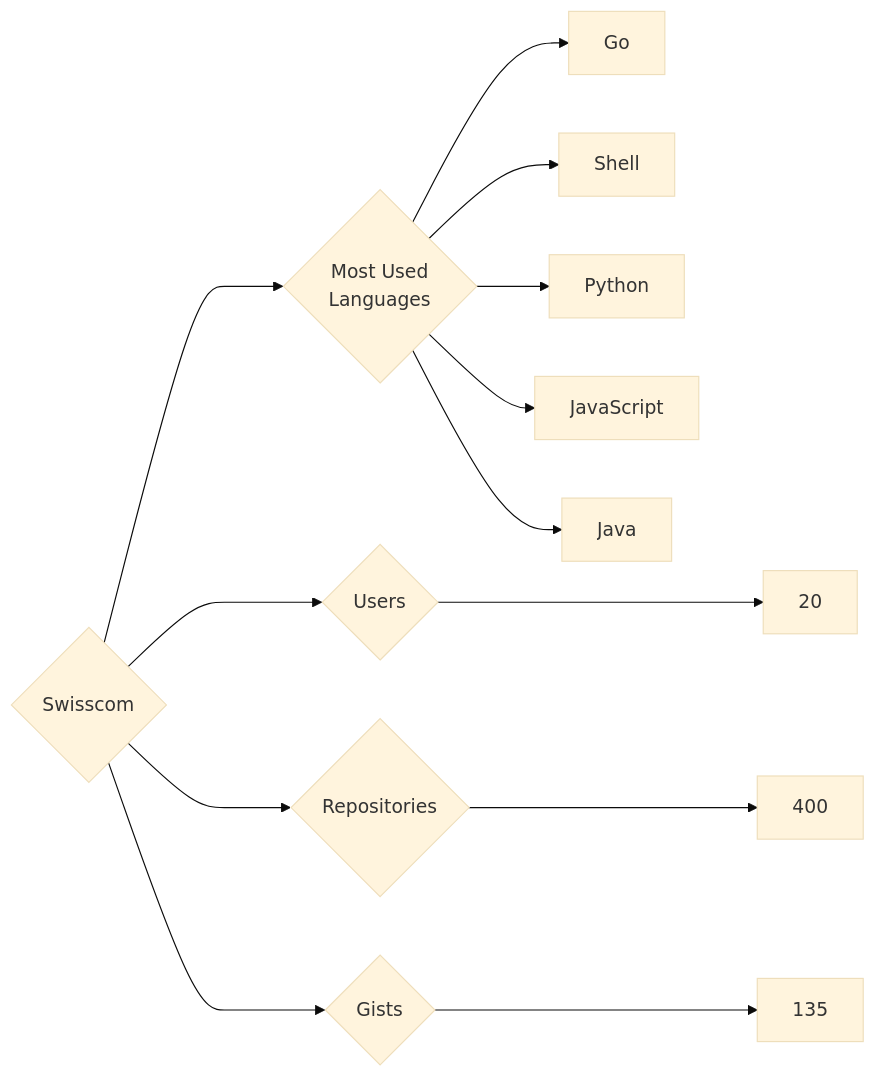
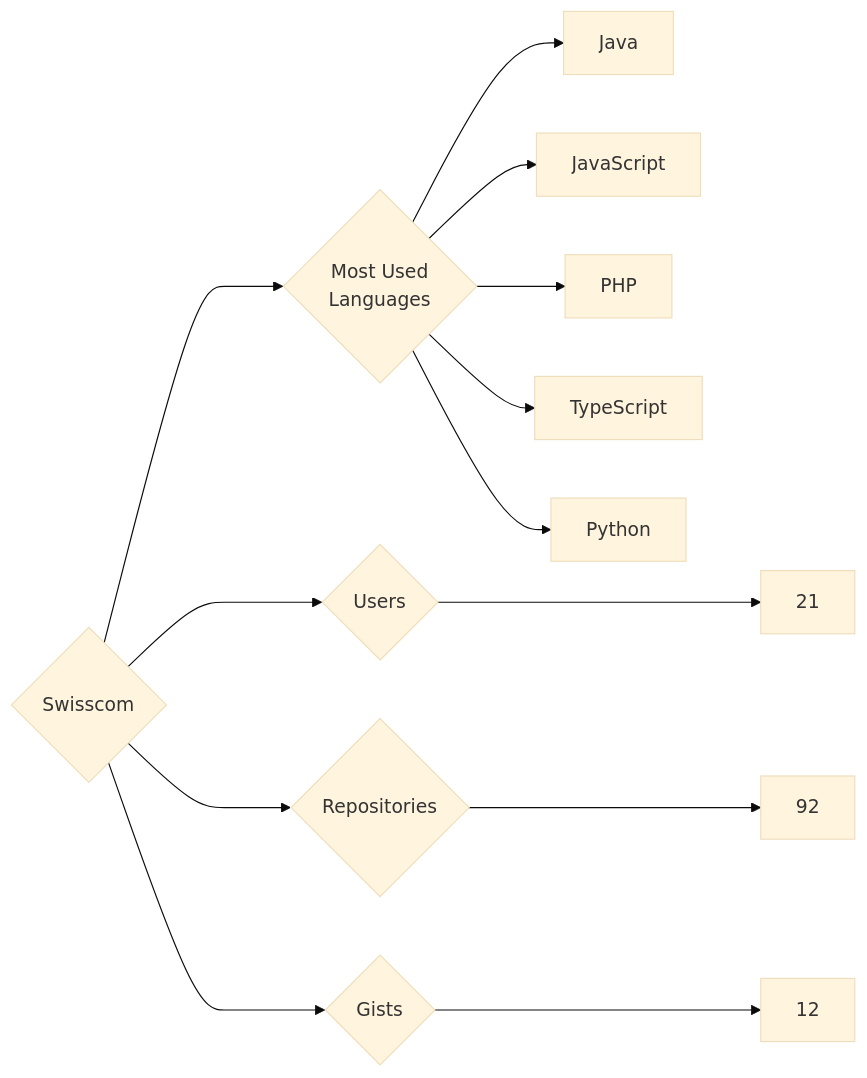
The diagram in targets/Swisscom/README.md (trickest/insiders), drawn with Mermaid (base theme) before and after one commit. The commit also changed 582 other files, not shown here.

````diff
--- a/targets/Swisscom/README.md
+++ b/targets/Swisscom/README.md
@@ -3,13 +3,13 @@
 ```mermaid
 graph LR
 COMPANY_NAME{Swisscom}
-COMPANY_NAME ---> U{Users} ---> UN[20]
-COMPANY_NAME ---> R{Repositories} ---> RN[400]
-COMPANY_NAME ---> G{Gists} ---> GN[135]
+COMPANY_NAME ---> U{Users} ---> UN[21]
+COMPANY_NAME ---> R{Repositories} ---> RN[92]
+COMPANY_NAME ---> G{Gists} ---> GN[12]
 COMPANY_NAME ---> ML{Most Used<br>Languages}
-ML --> Go[Go]
-ML --> Shell[Shell]
+ML --> Java[Java]
+ML --> JavaScript[JavaScript]
+ML --> PHP[PHP]
+ML --> TypeScript[TypeScript]
 ML --> Python[Python]
-ML --> JavaScript[JavaScript]
-ML --> Java[Java]
 ```
````
